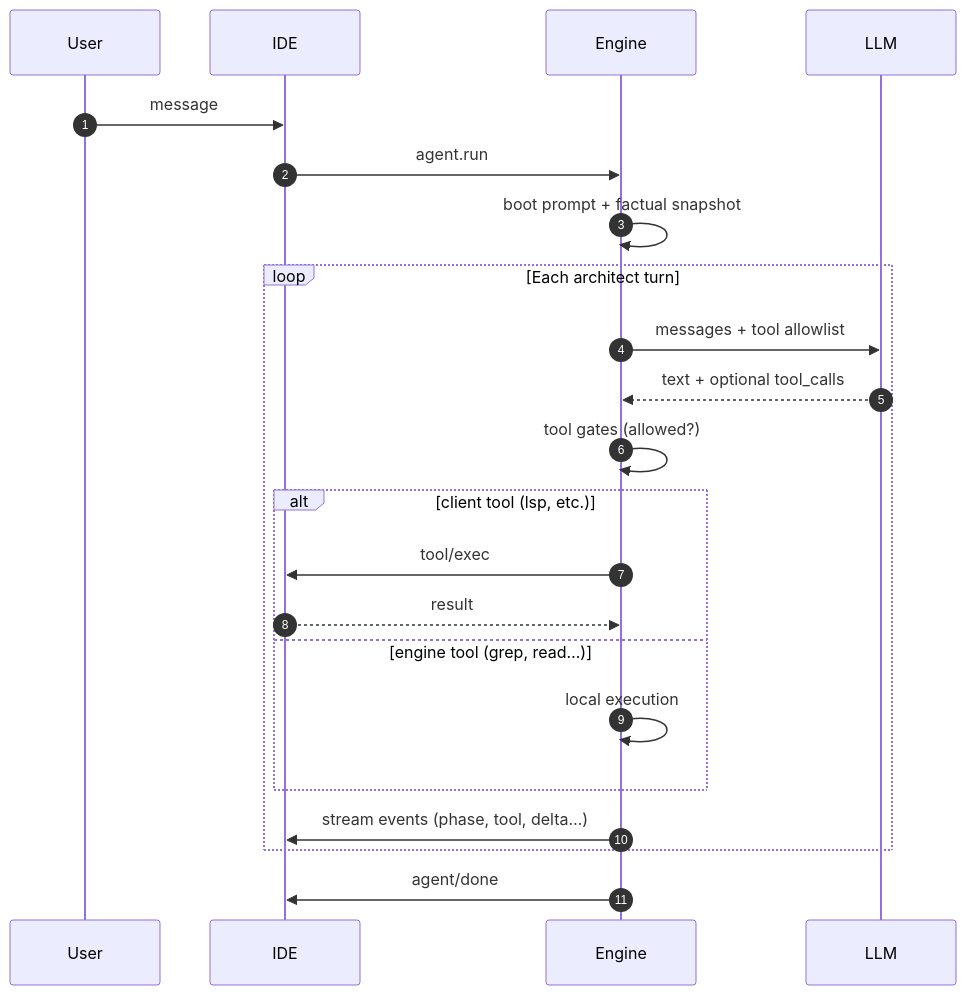
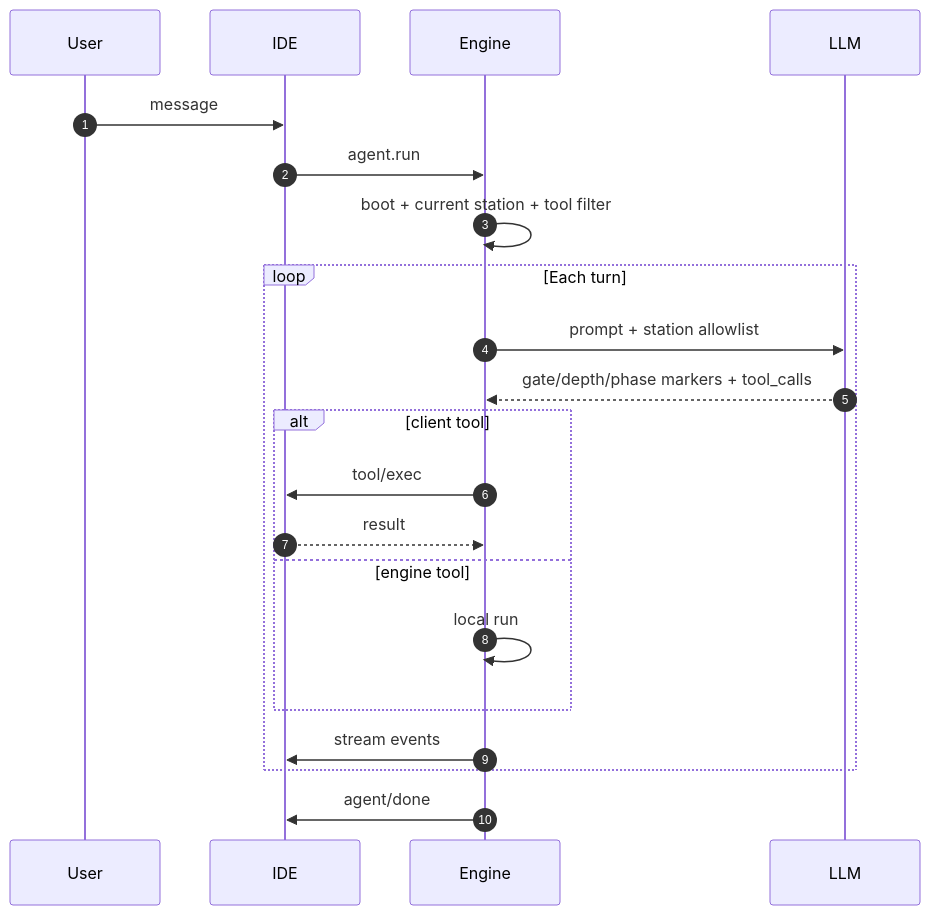
Diagram 13 of 13 in README.md (DroxKiwi/Drox---IDE---OR), drawn with Mermaid before and after one commit. The commit also changed other lines of this file, not shown here.

First line of the commit message:
Docs: README aligné run rail 1.4 et vue globale Ollama/IDE/moteur.

````diff
--- a/README.md
+++ b/README.md
@@ -321,25 +392,24 @@
 ```mermaid
 sequenceDiagram
   autonumber
   participant U as User
   participant IDE as IDE
   participant M as Engine
   participant L as LLM
 
   U->>IDE: message
   IDE->>M: agent.run
-  M->>M: boot prompt + factual snapshot
-  loop Each architect turn
-    M->>L: messages + tool allowlist
-    L-->>M: text + optional tool_calls
-    M->>M: tool gates (allowed?)
-    alt client tool (lsp, etc.)
+  M->>M: boot + current station + tool filter
+  loop Each turn
+    M->>L: prompt + station allowlist
+    L-->>M: gate/depth/phase markers + tool_calls
+    alt client tool
       M->>IDE: tool/exec
       IDE-->>M: result
-    else engine tool (grep, read…)
-      M->>M: local execution
+    else engine tool
+      M->>M: local run
     end
-    M->>IDE: stream events (phase, tool, delta…)
+    M->>IDE: stream events
   end
   M->>IDE: agent/done
 ```
````
